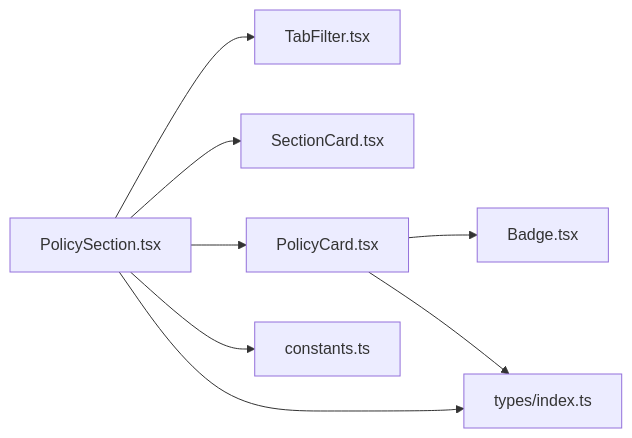
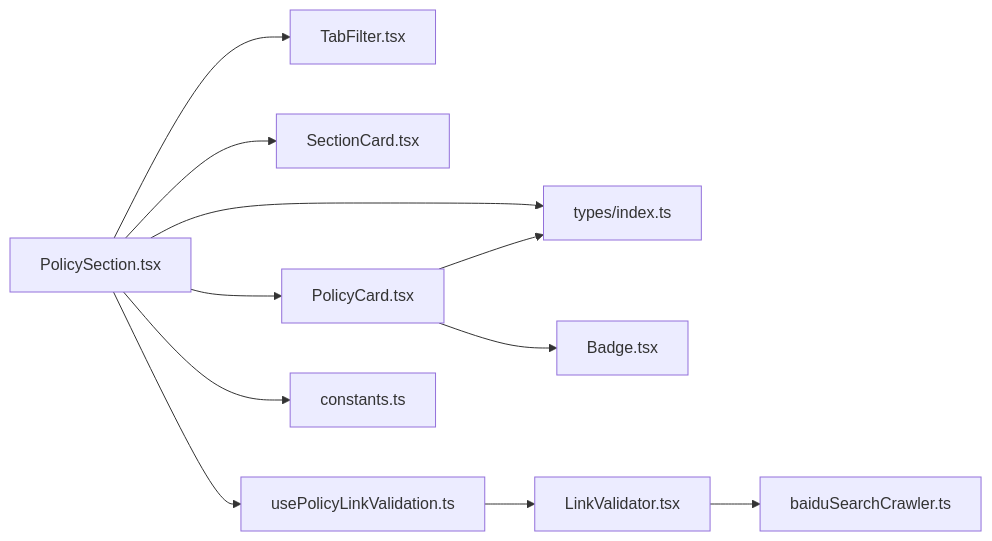
One commit to liangxuanliang-cmd/carbon-info-agent changed diagram 12 of 12 in .qoder/repowiki/zh/content/功能模块/政策信息模块.md. Above: the diagram before and after it, drawn with Mermaid. The commit also changed other lines of this file and 6 other files, not shown here.

````diff
--- a/.qoder/repowiki/zh/content/功能模块/政策信息模块.md
+++ b/.qoder/repowiki/zh/content/功能模块/政策信息模块.md
@@ -356,10 +427,13 @@
 ```mermaid
 graph LR
 PS["PolicySection.tsx"] --> TF["TabFilter.tsx"]
 PS --> SC["SectionCard.tsx"]
 PS --> PC["PolicyCard.tsx"]
+PS --> HOOK["usePolicyLinkValidation.ts"]
 PS --> CONST["constants.ts"]
 PS --> TYPES["types/index.ts"]
 PC --> BD["Badge.tsx"]
 PC --> TYPES
+HOOK --> LV["LinkValidator.tsx"]
+LV --> BC["baiduSearchCrawler.ts"]
 ```
````
